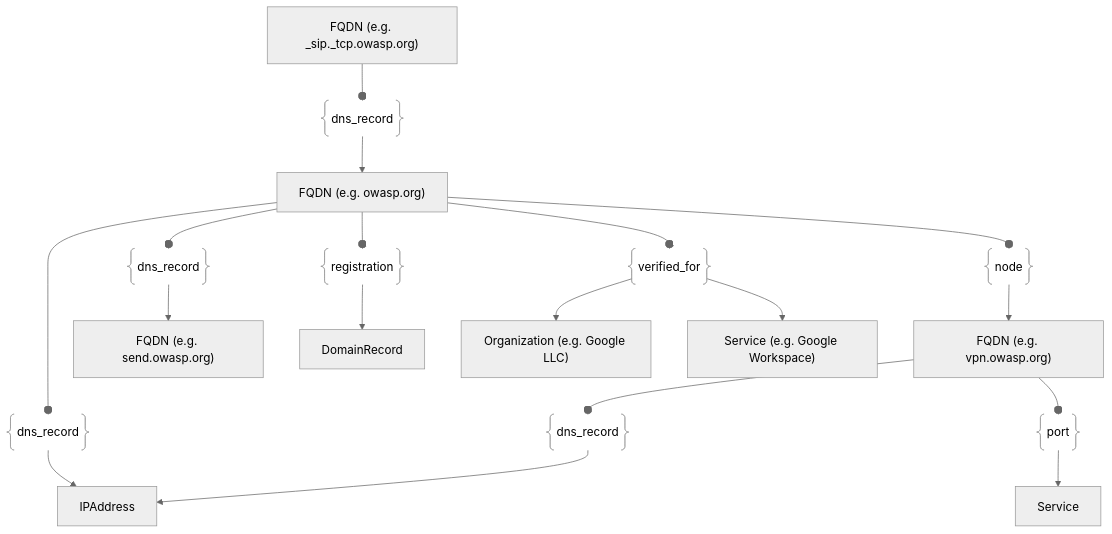
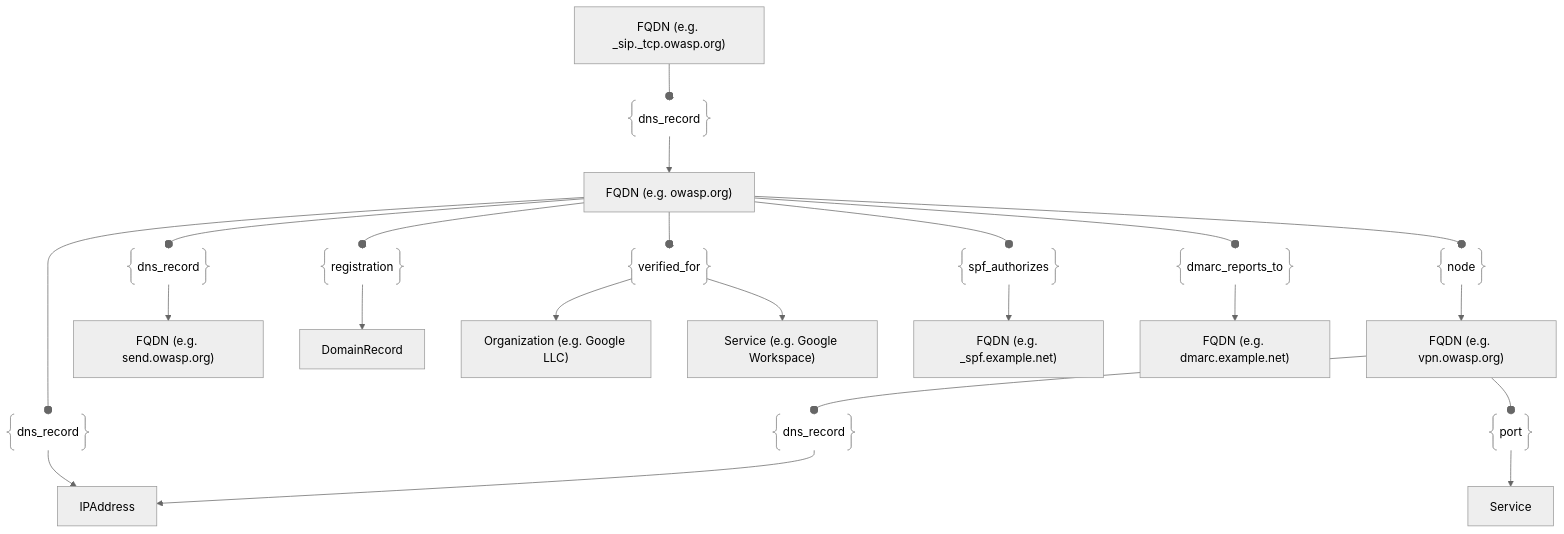
Before and after one commit to owasp-amass/docs: the diagram in docs/open_asset_model/assets/fqdn.md, drawn with Mermaid (neutral theme). The commit also changed other lines of this file, not shown here.

Commit message:
oam(fqdn): document spf_authorizes and dmarc_reports_to relations
Add the two new FQDN outgoing relations to the FQDN asset page: the
relations table and the outgoing-relations diagram. spf_authorizes names a
domain an FQDN's SPF record authorizes to send on its behalf (include:/
redirect=); dmarc_reports_to names a domain its DMARC record sends reports to
(rua/ruf). Both are derived from the published TXT records, which are kept.

````diff
--- a/docs/open_asset_model/assets/fqdn.md
+++ b/docs/open_asset_model/assets/fqdn.md
@@ -47,43 +47,53 @@
 ```mermaid
 graph TD
 fqdn1["FQDN (e.g. owasp.org)"]
 fqdn2["FQDN (e.g. vpn.owasp.org)"]
 nodeRel@{ shape: braces, label: "node"}
 fqdn1 --o nodeRel
 nodeRel --> fqdn2
 
 ipaddr["IPAddress"]
 basicdns1@{ shape: braces, label: "dns_record"}
 basicdns2@{ shape: braces, label: "dns_record"}
 fqdn1 --o basicdns1
 basicdns1 --> ipaddr
 fqdn2 --o basicdns2
 basicdns2 --> ipaddr
 
 fqdn3["FQDN (e.g. send.owasp.org)"]
 prefdns@{ shape: braces, label: "dns_record"}
 fqdn1 --o prefdns
 prefdns --> fqdn3
 
 fqdn4["FQDN (e.g. _sip._tcp.owasp.org)"]
 srvdns@{ shape: braces, label: "dns_record"}
 fqdn4 --o srvdns
 srvdns --> fqdn1
 
 service["Service"]
 port@{ shape: braces, label: "port"}
 fqdn2 --o port
 port --> service
 
 domrec["DomainRecord"]
 regrel@{ shape: braces, label: "registration"}
 fqdn1 --o regrel
 regrel --> domrec
 
 org["Organization (e.g. Google LLC)"]
 serv2["Service (e.g. Google Workspace)"]
 verified@{ shape: braces, label: "verified_for" }
 fqdn1 --o verified
 verified --> org
 verified --> serv2
+
+fqdn5["FQDN (e.g. _spf.example.net)"]
+spf@{ shape: braces, label: "spf_authorizes"}
+fqdn1 --o spf
+spf --> fqdn5
+
+fqdn6["FQDN (e.g. dmarc.example.net)"]
+dmarc@{ shape: braces, label: "dmarc_reports_to"}
+fqdn1 --o dmarc
+dmarc --> fqdn6
 ```
````
